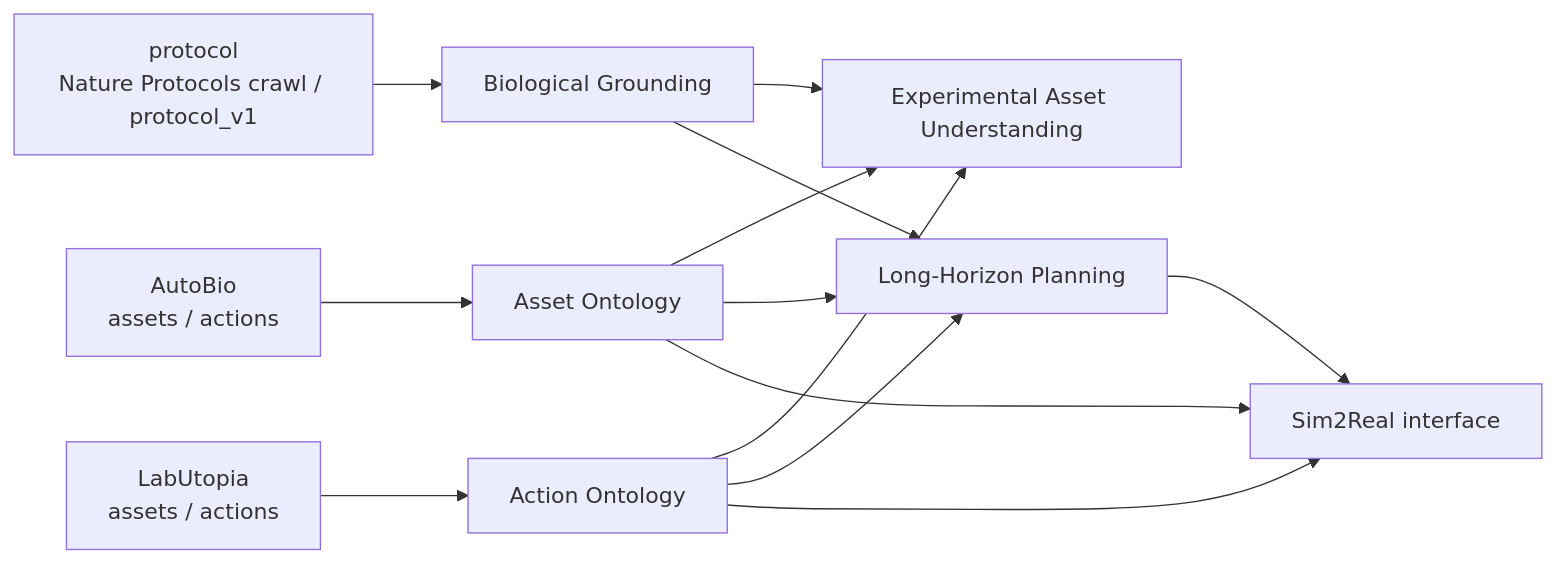
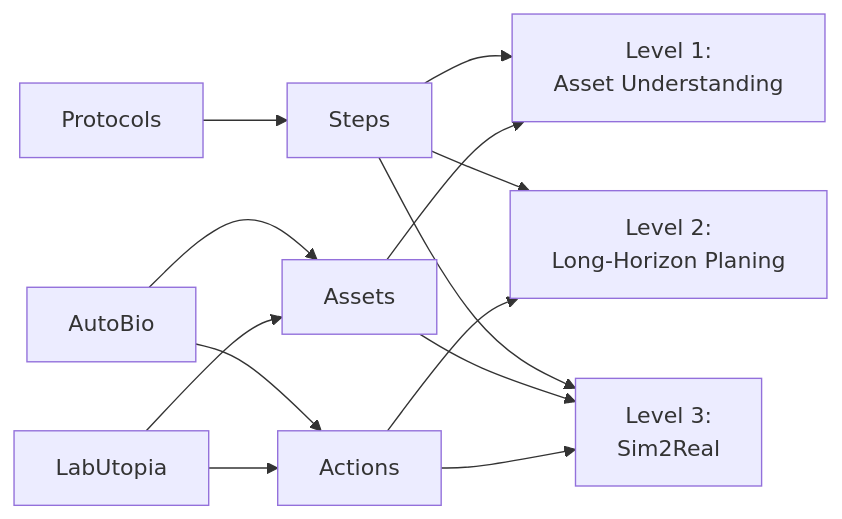
One commit to black-yt/LabOS changed the first of 2 diagrams in README.md. Above: the diagram before and after it, drawn with Mermaid. The commit also changed other lines of this file and 1 other file, not shown here.

Commit message:
Align diagrams and text

````diff
--- a/README.md
+++ b/README.md
@@ -23,18 +23,18 @@
 ```mermaid
 flowchart LR
-    A[protocol<br/>Nature Protocols crawl / protocol_v1] --> B[Biological Grounding]
-    C[AutoBio<br/>assets / actions] --> D[Asset Ontology]
-    E[LabUtopia<br/>assets / actions] --> F[Action Ontology]
+    A[Protocols] --> D[Steps]
+    B[AutoBio] --> E[Assets]
+    B --> F[Actions]
+    C[LabUtopia] --> E
+    C --> F
 
-    B --> G[Experimental Asset Understanding]
-    D --> G
-    F --> G
+    D --> G[Level 1:<br/>Asset Understanding]
+    E --> G
 
-    B --> H[Long-Horizon Planning]
-    D --> H
+    D --> H[Level 2:<br/>Long-Horizon Planing]
     F --> H
 
-    D --> I[Sim2Real interface]
+    D --> I[Level 3:<br/>Sim2Real]
+    E --> I
     F --> I
-    H --> I
 ```
````
